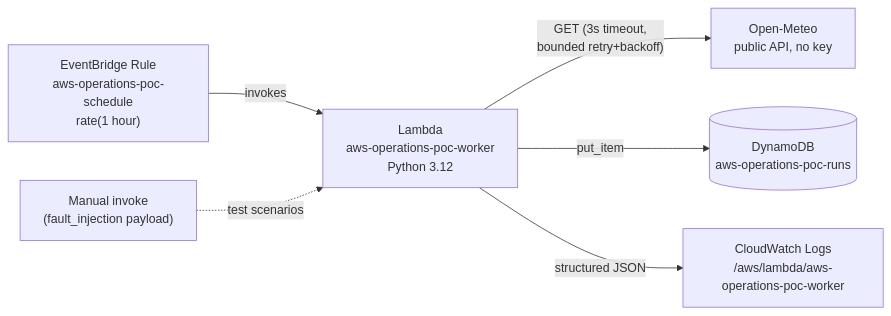
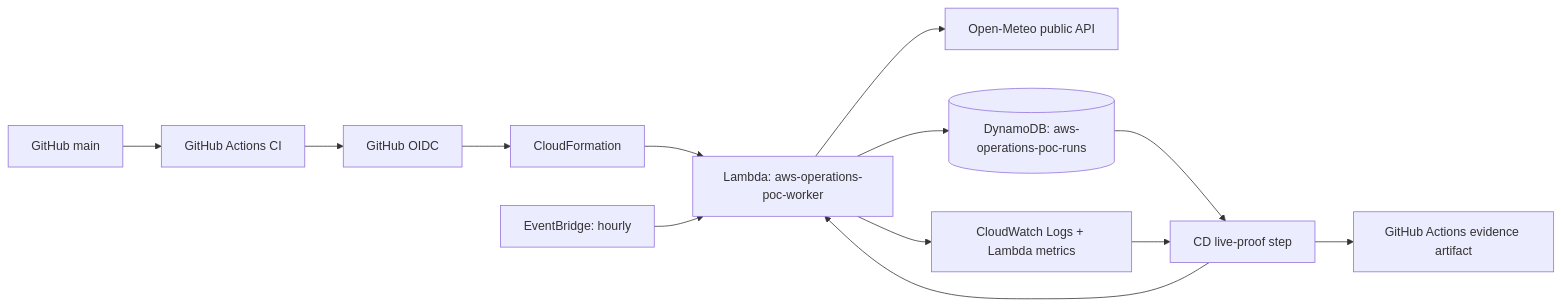
Before and after one commit to phatcobra/aws-operations-poc: the diagram in README.md, drawn with Mermaid. The commit also changed other lines of this file and 5 other files, not shown here.

Commit message:
Add automated live operational proof and portfolio documentation

````diff
--- a/README.md
+++ b/README.md
@@ -26,8 +28,15 @@
 ```mermaid
 flowchart LR
-    EB["EventBridge Rule\naws-operations-poc-schedule\nrate(1 hour)"] -->|invokes| L["Lambda\naws-operations-poc-worker\nPython 3.12"]
-    L -->|"GET (3s timeout,\nbounded retry+backoff)"| API["Open-Meteo\npublic API, no key"]
-    L -->|put_item| DDB[("DynamoDB\naws-operations-poc-runs")]
-    L -->|structured JSON| CW["CloudWatch Logs\n/aws/lambda/aws-operations-poc-worker"]
-    Dev["Manual invoke\n(fault_injection payload)"] -.->|test scenarios| L
+    G[GitHub main] --> CI[GitHub Actions CI]
+    CI --> OIDC[GitHub OIDC]
+    OIDC --> CFN[CloudFormation]
+    CFN --> L[Lambda: aws-operations-poc-worker]
+    EB[EventBridge: hourly] --> L
+    L --> API[Open-Meteo public API]
+    L --> DDB[(DynamoDB: aws-operations-poc-runs)]
+    L --> CW[CloudWatch Logs + Lambda metrics]
+    CD[CD live-proof step] --> L
+    DDB --> CD
+    CW --> CD
+    CD --> A[GitHub Actions evidence artifact]
 ```
````
